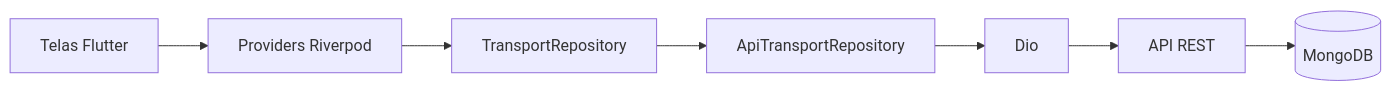
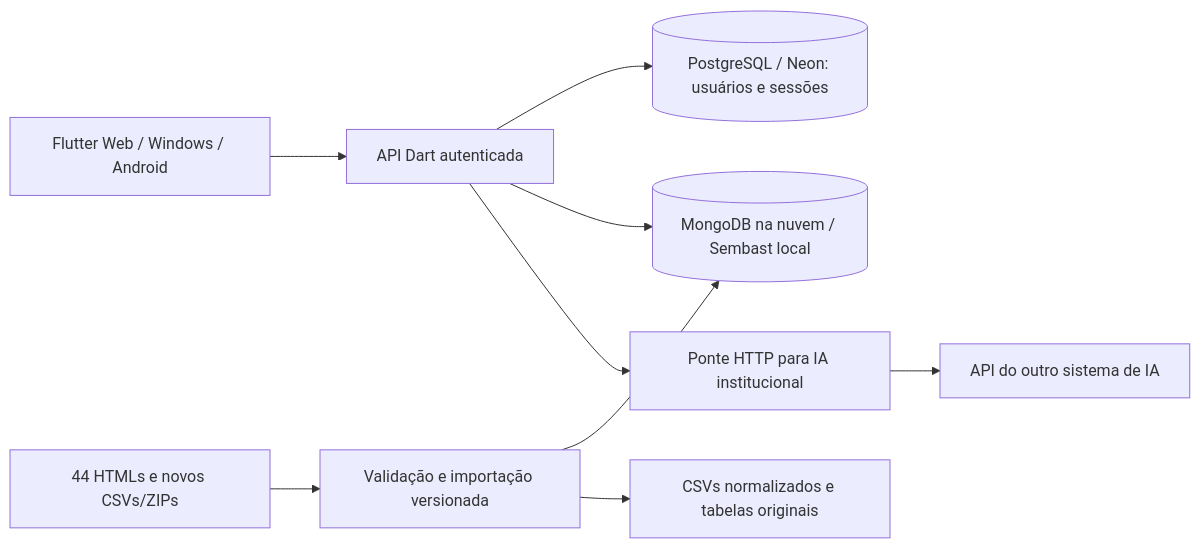
The diagram in README.md (OmarFLK/Projeto_Integrador_SEMOB), drawn with Mermaid before and after one commit. The commit also changed other lines of this file and 100 other files, not shown here.

Commit message:
feat: integrar portal, PostgreSQL e MongoDB com deploy e seguranca

````diff
--- a/README.md
+++ b/README.md
@@ -239,9 +9,11 @@
 ```mermaid
 flowchart LR
-    UI[Telas Flutter] --> RP[Providers Riverpod]
-    RP --> TR[TransportRepository]
-    TR --> AR[ApiTransportRepository]
-    AR --> D[Dio]
-    D --> API[API REST]
-    API --> DB[(MongoDB)]
+  Flutter[Flutter Web / Windows / Android] --> API[API Dart autenticada]
+  API --> Users[(PostgreSQL / Neon: usuários e sessões)]
+  API --> Documents[(MongoDB na nuvem / Sembast local)]
+  HTML[44 HTMLs e novos CSVs/ZIPs] --> Importador[Validação e importação versionada]
+  Importador --> Documents
+  Importador --> CSV[CSVs normalizados e tabelas originais]
+  API --> Bridge[Ponte HTTP para IA institucional]
+  Bridge --> External[API do outro sistema de IA]
 ```
````
